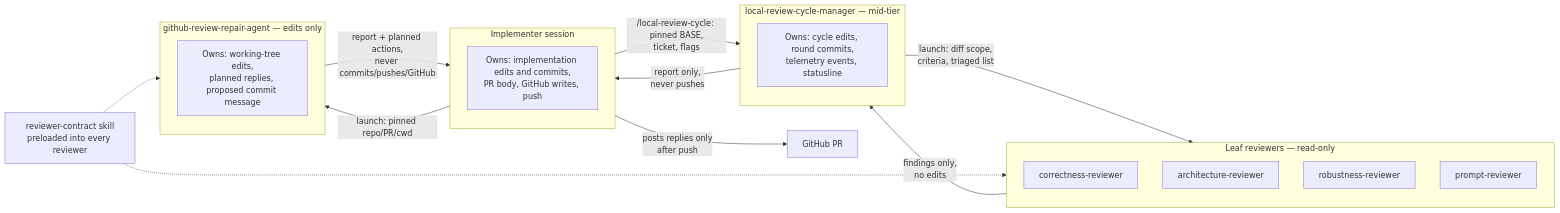
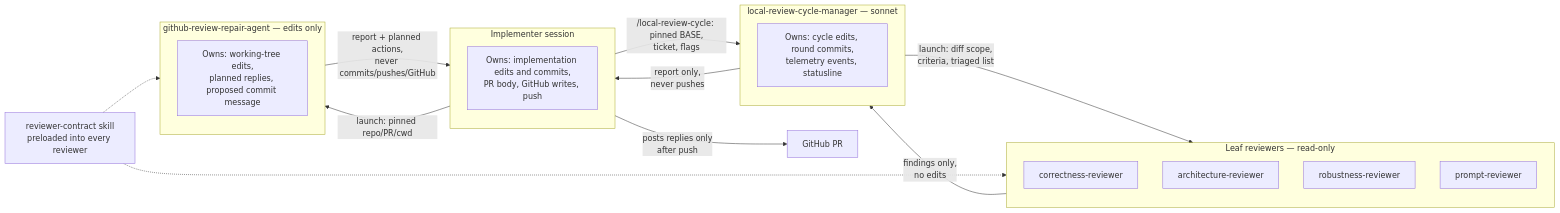
The third of 3 diagrams in docs/workflow-architecture.md (IdahoEv/dotfiles), drawn with Mermaid before and after one commit. The commit also changed other lines of this file and 5 other files, not shown here.

First line of the commit message:
Address round 1 local review findings (#61, #62)

````diff
--- a/docs/workflow-architecture.md
+++ b/docs/workflow-architecture.md
@@ -100,28 +100,28 @@
 ```mermaid
 flowchart LR
     subgraph Parent[Implementer session]
         direction TB
         C1[Owns: implementation edits and commits,<br/>PR body, GitHub writes, push]
     end
-    subgraph CycleMgr[local-review-cycle-manager — mid-tier]
+    subgraph CycleMgr[local-review-cycle-manager — sonnet]
         M1[Owns: cycle edits, round commits,<br/>telemetry events, statusline]
     end
     subgraph LeafReview[Leaf reviewers — read-only]
         L1[correctness-reviewer]
         L2[architecture-reviewer]
         L3[robustness-reviewer]
         L4[prompt-reviewer]
     end
     subgraph Repair[github-review-repair-agent — edits only]
         R1[Owns: working-tree edits,<br/>planned replies, proposed commit message]
     end
     Parent -->|/local-review-cycle: pinned BASE,<br/>ticket, flags| CycleMgr
     CycleMgr -->|report only,<br/>never pushes| Parent
     CycleMgr -->|launch: diff scope,<br/>criteria, triaged list| LeafReview
     LeafReview -->|findings only,<br/>no edits| CycleMgr
     Parent -->|launch: pinned repo/PR/cwd| Repair
     Repair -->|report + planned actions,<br/>never commits/pushes/GitHub| Parent
     Parent -->|posts replies only<br/>after push| GitHub[GitHub PR]
     Contract[reviewer-contract skill<br/>preloaded into every reviewer] -.-> LeafReview
     Contract -.-> Repair
 ```
````
